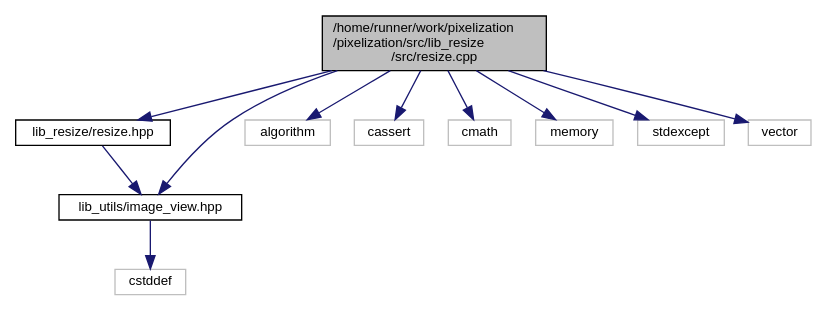
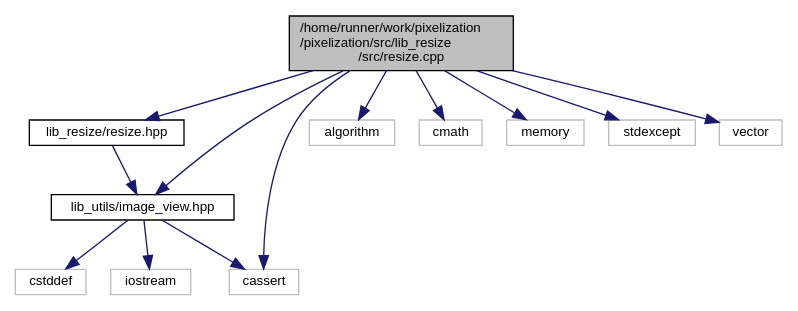
The diagram in resize_8cpp__incl.dot (lukki15/pixelization), drawn with Graphviz before and after one commit. The commit also changed 43 other files, not shown here.

```diff
--- a/resize_8cpp__incl.dot
+++ b/resize_8cpp__incl.dot
@@ -1,26 +1,29 @@
 digraph "/home/runner/work/pixelization/pixelization/src/lib_resize/src/resize.cpp"
 {
  // LATEX_PDF_SIZE
   edge [fontname="Helvetica",fontsize="10",labelfontname="Helvetica",labelfontsize="10"];
   node [fontname="Helvetica",fontsize="10",shape=record];
   Node1 [label="/home/runner/work/pixelization\l/pixelization/src/lib_resize\l/src/resize.cpp",height=0.2,width=0.4,color="black", fillcolor="grey75", style="filled", fontcolor="black",tooltip=" "];
   Node1 -> Node2 [color="midnightblue",fontsize="10",style="solid",fontname="Helvetica"];
   Node2 [label="lib_resize/resize.hpp",height=0.2,width=0.4,color="black", fillcolor="white", style="filled",URL="$resize_8hpp.html",tooltip=" "];
   Node2 -> Node3 [color="midnightblue",fontsize="10",style="solid",fontname="Helvetica"];
   Node3 [label="lib_utils/image_view.hpp",height=0.2,width=0.4,color="black", fillcolor="white", style="filled",URL="$image__view_8hpp.html",tooltip=" "];
   Node3 -> Node4 [color="midnightblue",fontsize="10",style="solid",fontname="Helvetica"];
-  Node4 [label="cstddef",height=0.2,width=0.4,color="grey75", fillcolor="white", style="filled",tooltip=" "];
+  Node4 [label="cassert",height=0.2,width=0.4,color="grey75", fillcolor="white", style="filled",tooltip=" "];
+  Node3 -> Node5 [color="midnightblue",fontsize="10",style="solid",fontname="Helvetica"];
+  Node5 [label="cstddef",height=0.2,width=0.4,color="grey75", fillcolor="white", style="filled",tooltip=" "];
+  Node3 -> Node6 [color="midnightblue",fontsize="10",style="solid",fontname="Helvetica"];
+  Node6 [label="iostream",height=0.2,width=0.4,color="grey75", fillcolor="white", style="filled",tooltip=" "];
   Node1 -> Node3 [color="midnightblue",fontsize="10",style="solid",fontname="Helvetica"];
-  Node1 -> Node5 [color="midnightblue",fontsize="10",style="solid",fontname="Helvetica"];
-  Node5 [label="algorithm",height=0.2,width=0.4,color="grey75", fillcolor="white", style="filled",tooltip=" "];
-  Node1 -> Node6 [color="midnightblue",fontsize="10",style="solid",fontname="Helvetica"];
-  Node6 [label="cassert",height=0.2,width=0.4,color="grey75", fillcolor="white", style="filled",tooltip=" "];
   Node1 -> Node7 [color="midnightblue",fontsize="10",style="solid",fontname="Helvetica"];
-  Node7 [label="cmath",height=0.2,width=0.4,color="grey75", fillcolor="white", style="filled",tooltip=" "];
+  Node7 [label="algorithm",height=0.2,width=0.4,color="grey75", fillcolor="white", style="filled",tooltip=" "];
+  Node1 -> Node4 [color="midnightblue",fontsize="10",style="solid",fontname="Helvetica"];
   Node1 -> Node8 [color="midnightblue",fontsize="10",style="solid",fontname="Helvetica"];
-  Node8 [label="memory",height=0.2,width=0.4,color="grey75", fillcolor="white", style="filled",tooltip=" "];
+  Node8 [label="cmath",height=0.2,width=0.4,color="grey75", fillcolor="white", style="filled",tooltip=" "];
   Node1 -> Node9 [color="midnightblue",fontsize="10",style="solid",fontname="Helvetica"];
-  Node9 [label="stdexcept",height=0.2,width=0.4,color="grey75", fillcolor="white", style="filled",tooltip=" "];
+  Node9 [label="memory",height=0.2,width=0.4,color="grey75", fillcolor="white", style="filled",tooltip=" "];
   Node1 -> Node10 [color="midnightblue",fontsize="10",style="solid",fontname="Helvetica"];
-  Node10 [label="vector",height=0.2,width=0.4,color="grey75", fillcolor="white", style="filled",tooltip=" "];
+  Node10 [label="stdexcept",height=0.2,width=0.4,color="grey75", fillcolor="white", style="filled",tooltip=" "];
+  Node1 -> Node11 [color="midnightblue",fontsize="10",style="solid",fontname="Helvetica"];
+  Node11 [label="vector",height=0.2,width=0.4,color="grey75", fillcolor="white", style="filled",tooltip=" "];
 }
```
